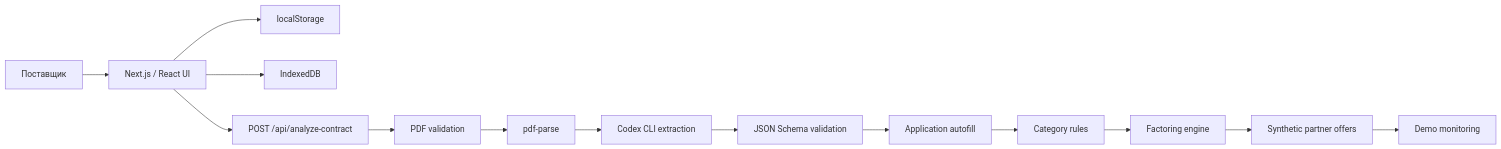
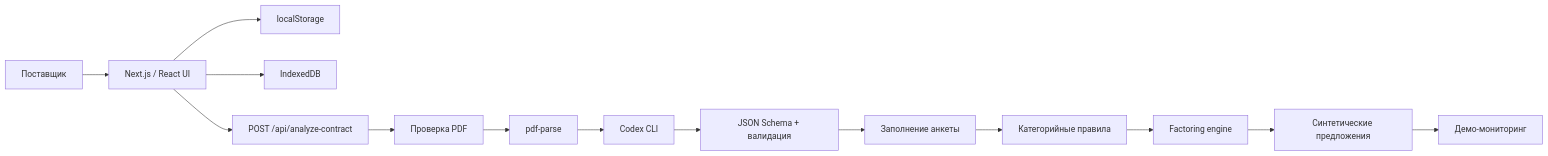
The diagram in README.md (yertayyera55-crypto/-TechVision), drawn with Mermaid before and after one commit. The commit also changed other lines of this file, not shown here.

```diff
--- a/README.md
+++ b/README.md
@@ -515,16 +205,16 @@
 ~~~mermaid
 flowchart LR
     U[Поставщик] --> UI[Next.js / React UI]
     UI --> LS[localStorage]
     UI --> IDB[IndexedDB]
     UI --> API[POST /api/analyze-contract]
-    API --> V[PDF validation]
+    API --> V[Проверка PDF]
     V --> P[pdf-parse]
-    P --> C[Codex CLI extraction]
-    C --> S[JSON Schema validation]
-    S --> F[Application autofill]
-    F --> R[Category rules]
+    P --> C[Codex CLI]
+    C --> S[JSON Schema + валидация]
+    S --> F[Заполнение анкеты]
+    F --> R[Категорийные правила]
     R --> E[Factoring engine]
-    E --> O[Synthetic partner offers]
-    O --> M[Demo monitoring]
+    E --> O[Синтетические предложения]
+    O --> M[Демо-мониторинг]
 ~~~
```
